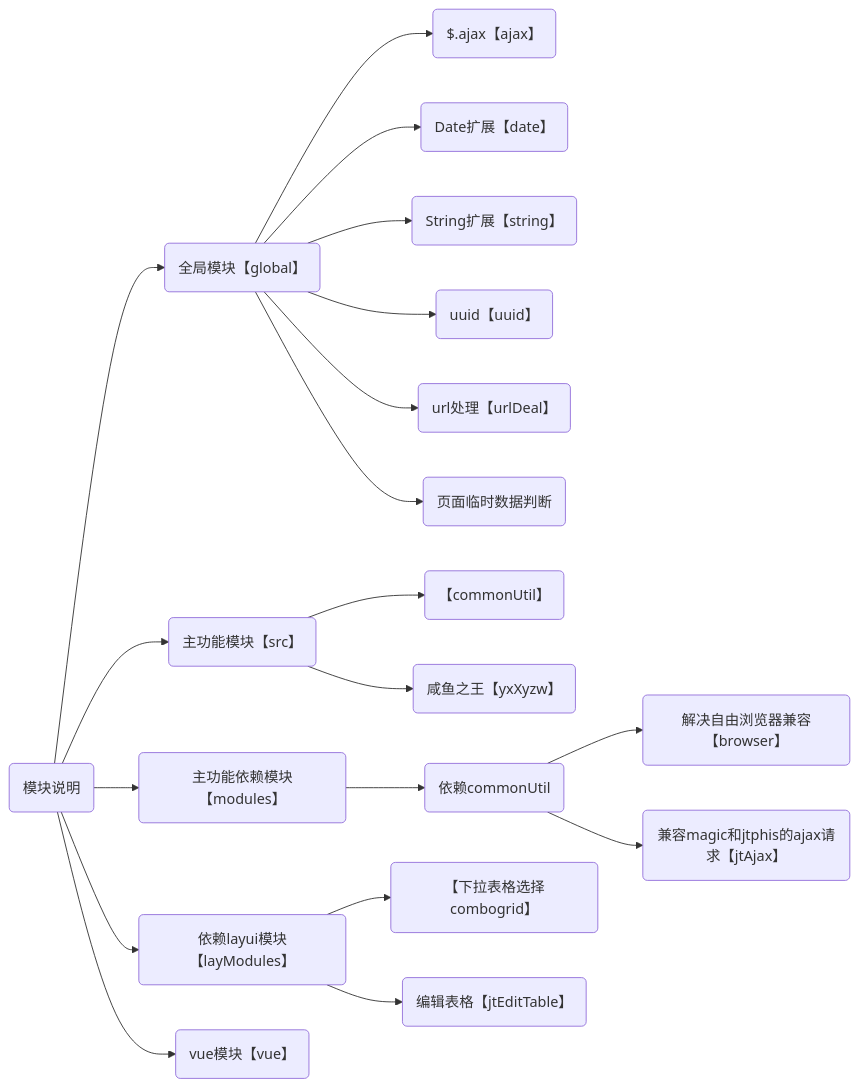
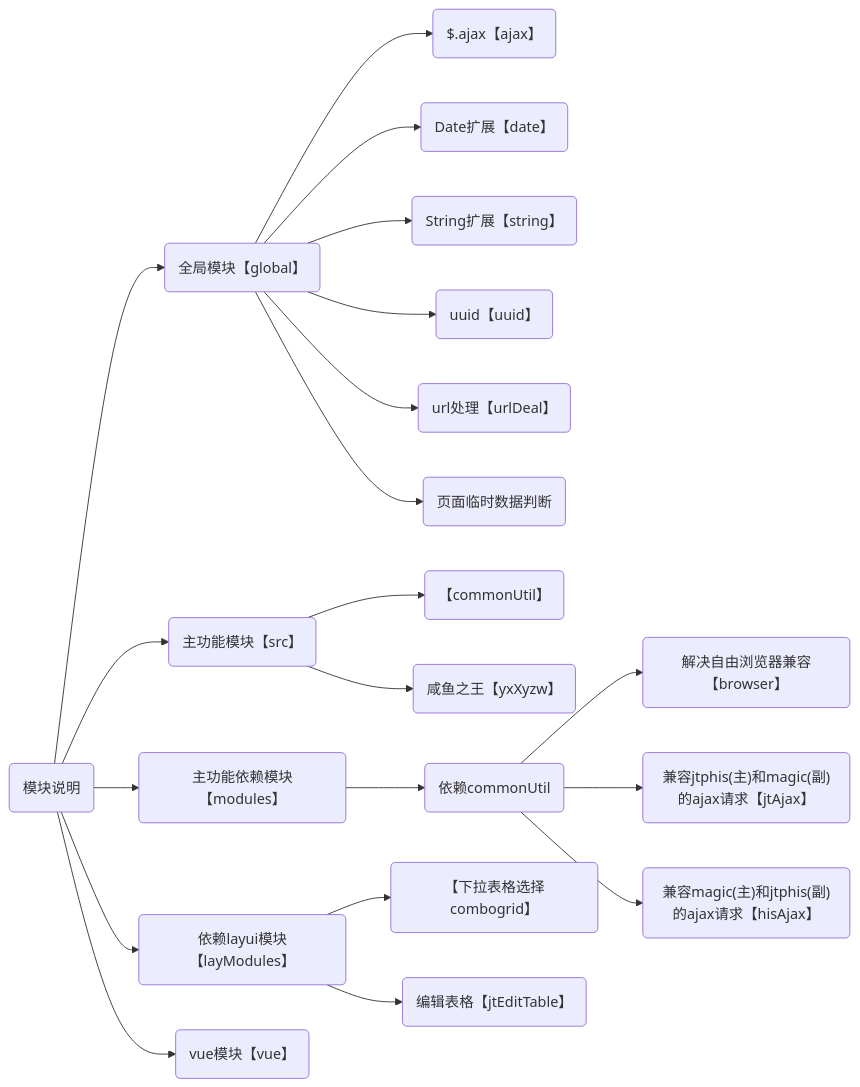
One commit to IsolatedTraveler/commonUtil changed the diagram in README.md. Above: the diagram before and after it, drawn with Mermaid.

````diff
--- a/README.md
+++ b/README.md
@@ -12,21 +12,22 @@
 ```mermaid
 graph LR
 
 A("模块说明")-->AA("全局模块【global】")-->AAA("$.ajax【ajax】")
 AA-->AAB("Date扩展【date】")
 AA-->AAC("String扩展【string】")
 AA-->AAD("uuid【uuid】")
 AA-->AAE("url处理【urlDeal】")
 AA-->AAF("页面临时数据判断")
 
 A-->AB("主功能模块【src】")-->ABA("【commonUtil】")
 AB-->ABB("咸鱼之王【yxXyzw】")
 
 A-->AC("主功能依赖模块【modules】")-->ACA("依赖commonUtil")-->ACAA("解决自由浏览器兼容【browser】")
-ACA-->ACAB("兼容magic和jtphis的ajax请求【jtAjax】")
+ACA-->ACAB("兼容jtphis(主)和magic(副)的ajax请求【jtAjax】")
+ACA-->ACAC("兼容magic(主)和jtphis(副)的ajax请求【hisAjax】")
 
 A-->AD("依赖layui模块【layModules】")-->ADA("【下拉表格选择combogrid】")
 AD-->ADB("编辑表格【jtEditTable】")
 
 A-->AE("vue模块【vue】")
 ```
````
